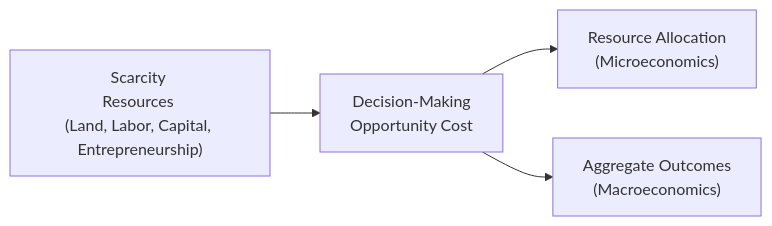
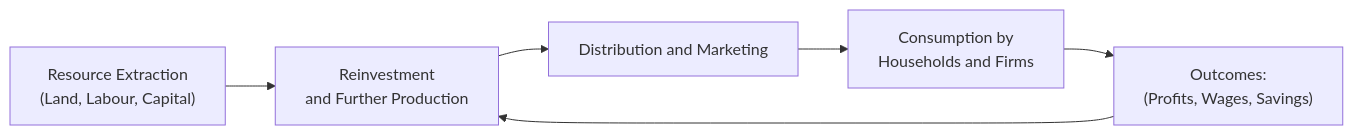
One commit to MasteryEducation/SecuritiesExamsMastery.ca changed the diagram in content/ifc/3/1/index.md. Above: the diagram before and after it, drawn with Mermaid. The commit also changed other lines of this file and 130 other files, not shown here.

````diff
--- a/content/ifc/3/1/index.md
+++ b/content/ifc/3/1/index.md
@@ -65,6 +90,8 @@
 ```mermaid
 flowchart LR
-    A["Scarcity <br/>Resources <br/>(Land, Labor, Capital, Entrepreneurship)"] --> B["Decision-Making <br/>Opportunity Cost"]
-    B --> C["Resource Allocation <br/>(Microeconomics)"]
-    B --> D["Aggregate Outcomes <br/>(Macroeconomics)"]
+    A["Resource Extraction <br/> (Land, Labour, Capital)"] --> B["Production of Goods <br/> and Services"]
+    B --> C["Distribution and Marketing"]
+    C --> D["Consumption by <br/> Households and Firms"]
+    D --> E["Outcomes: <br/> (Profits, Wages, Savings)"]
+    E --> B["Reinvestment <br/> and Further Production"]
 ```
````
